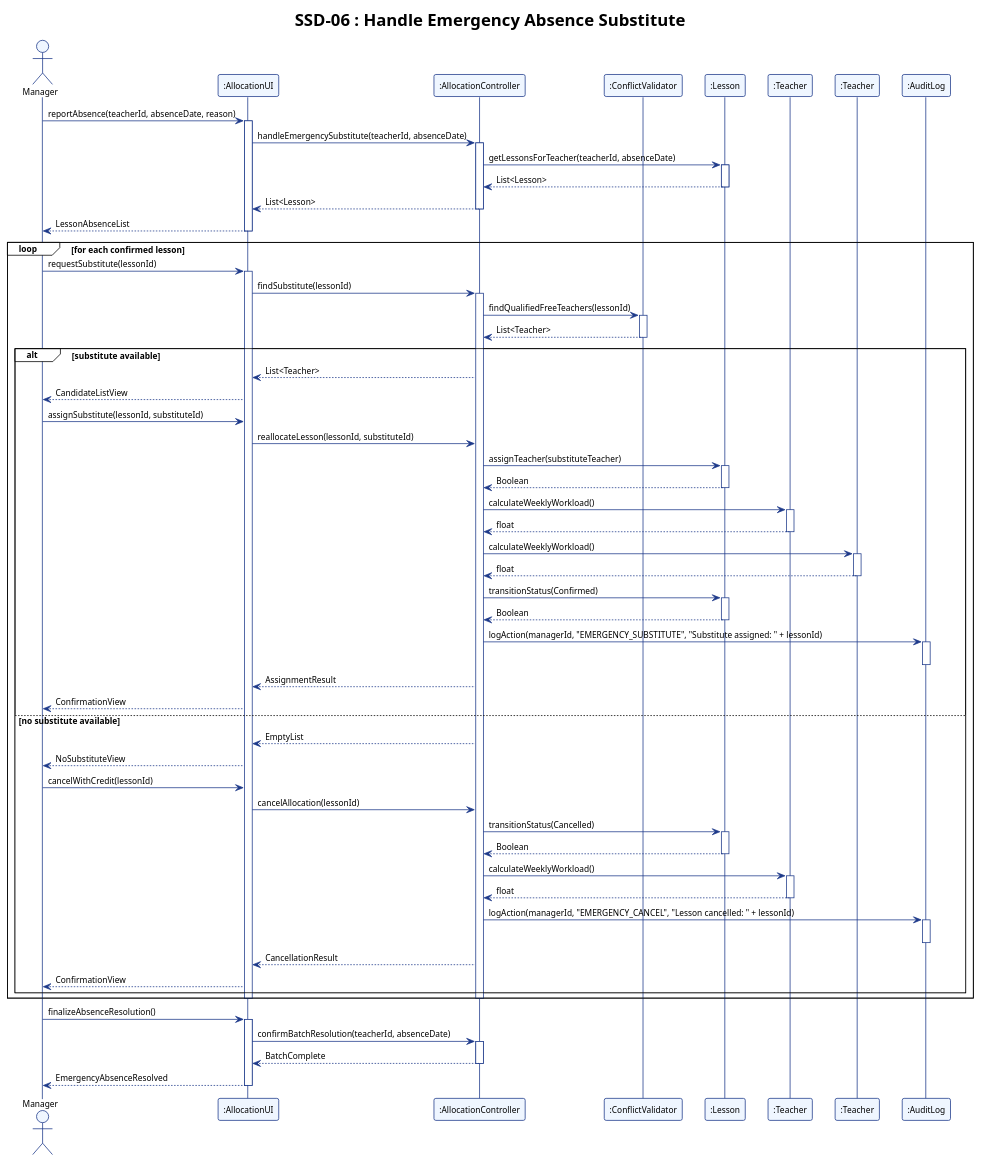
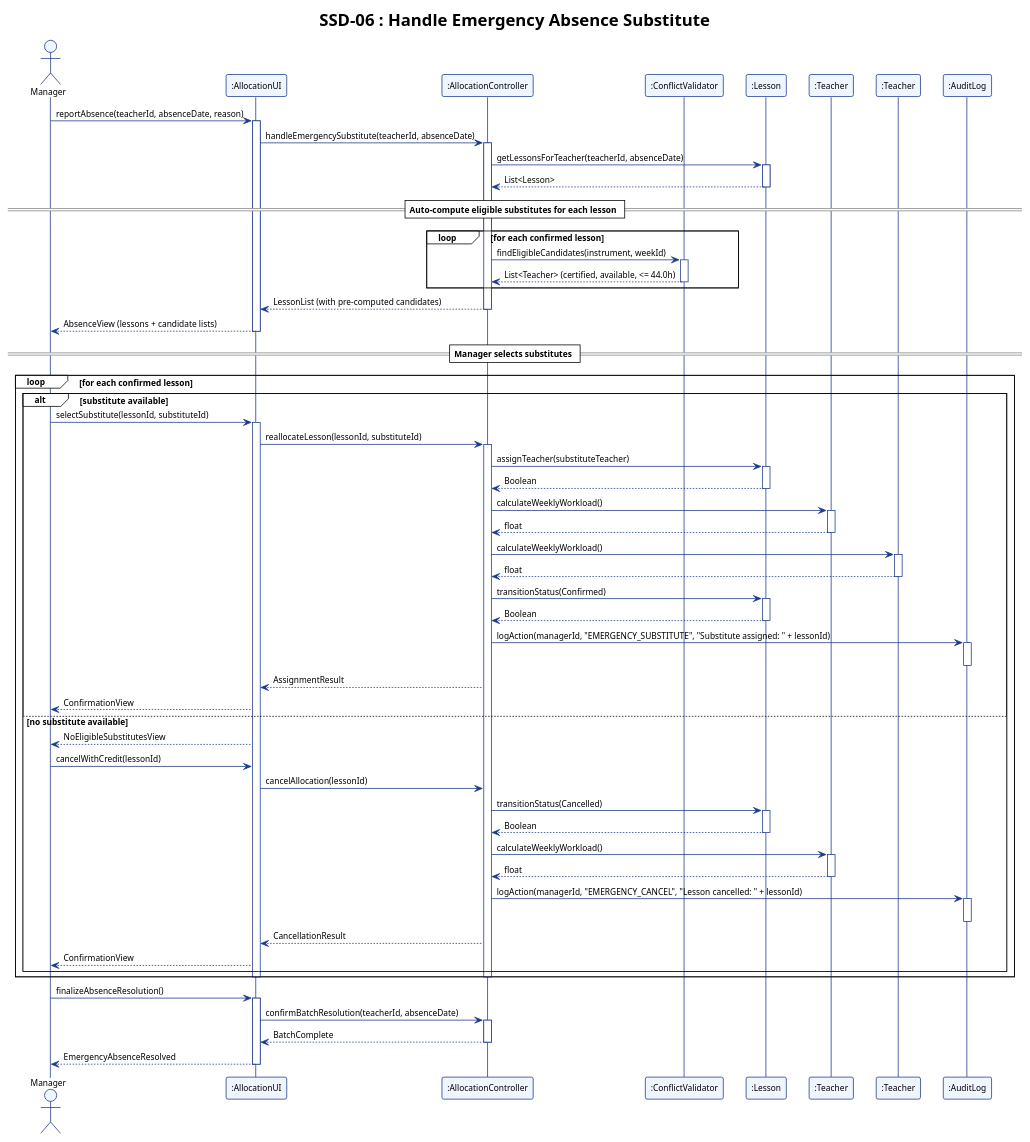
The diagram in report/assets/ssd_06.puml (adoreblvnk/2001temp), drawn with PlantUML before and after one commit. The commit also changed 5 other files, not shown here.

First line of the commit message:
fix(uc-03,uc-06): auto-compute eligible substitutes upfront in exception queue display

```diff
--- a/report/assets/ssd_06.puml
+++ b/report/assets/ssd_06.puml
@@ -1,112 +1,113 @@
 @startuml ssd_06
 !theme plain
 skinparam shadowing false
 skinparam defaultFontName "Helvetica", "Arial", sans-serif
 skinparam defaultFontSize 11
 skinparam sequence {
     ParticipantBorderColor #1E3A8A
     ParticipantBackgroundColor #EFF6FF
     LifeLineBorderColor #1E3A8A
     LifeLineBackgroundColor #FFFFFF
     ArrowColor #1E3A8A
     ActorBorderColor #1E3A8A
     ActorBackgroundColor #EFF6FF
 }
 
 title SSD-06 : Handle Emergency Absence Substitute
 
 actor Manager
 participant ":AllocationUI" as AllocationUI
 participant ":AllocationController" as AllocationController
 participant ":ConflictValidator" as ConflictValidator
 participant ":Lesson" as Lesson
 participant ":Teacher" as AbsentTeacher
 participant ":Teacher" as SubstituteTeacher
 participant ":AuditLog" as AuditLog
 
 Manager -> AllocationUI : reportAbsence(teacherId, absenceDate, reason)
 activate AllocationUI
 AllocationUI -> AllocationController : handleEmergencySubstitute(teacherId, absenceDate)
 activate AllocationController
 
 AllocationController -> Lesson : getLessonsForTeacher(teacherId, absenceDate)
 activate Lesson
 Lesson --> AllocationController : List<Lesson>
 deactivate Lesson
-AllocationController --> AllocationUI : List<Lesson>
+
+== Auto-compute eligible substitutes for each lesson ==
+
+loop for each confirmed lesson
+    AllocationController -> ConflictValidator : findEligibleCandidates(instrument, weekId)
+    activate ConflictValidator
+    ConflictValidator --> AllocationController : List<Teacher> (certified, available, <= 44.0h)
+    deactivate ConflictValidator
+end
+
+AllocationController --> AllocationUI : LessonList (with pre-computed candidates)
 deactivate AllocationController
-AllocationUI --> Manager : LessonAbsenceList
+AllocationUI --> Manager : AbsenceView (lessons + candidate lists)
 deactivate AllocationUI
 
+== Manager selects substitutes ==
+
 loop for each confirmed lesson
-    Manager -> AllocationUI : requestSubstitute(lessonId)
-    activate AllocationUI
-    AllocationUI -> AllocationController : findSubstitute(lessonId)
-    activate AllocationController
-    AllocationController -> ConflictValidator : findQualifiedFreeTeachers(lessonId)
-    activate ConflictValidator
-    ConflictValidator --> AllocationController : List<Teacher>
-    deactivate ConflictValidator
-
     alt substitute available
-        AllocationController --> AllocationUI : List<Teacher>
-        AllocationUI --> Manager : CandidateListView
-
-        Manager -> AllocationUI : assignSubstitute(lessonId, substituteId)
+        Manager -> AllocationUI : selectSubstitute(lessonId, substituteId)
+        activate AllocationUI
         AllocationUI -> AllocationController : reallocateLesson(lessonId, substituteId)
+        activate AllocationController
         AllocationController -> Lesson : assignTeacher(substituteTeacher)
         activate Lesson
         Lesson --> AllocationController : Boolean
         deactivate Lesson
         AllocationController -> AbsentTeacher : calculateWeeklyWorkload()
         activate AbsentTeacher
         AbsentTeacher --> AllocationController : float
         deactivate AbsentTeacher
         AllocationController -> SubstituteTeacher : calculateWeeklyWorkload()
         activate SubstituteTeacher
         SubstituteTeacher --> AllocationController : float
         deactivate SubstituteTeacher
         AllocationController -> Lesson : transitionStatus(Confirmed)
         activate Lesson
         Lesson --> AllocationController : Boolean
         deactivate Lesson
         AllocationController -> AuditLog : logAction(managerId, "EMERGENCY_SUBSTITUTE", "Substitute assigned: " + lessonId)
         activate AuditLog
         deactivate AuditLog
         AllocationController --> AllocationUI : AssignmentResult
         AllocationUI --> Manager : ConfirmationView
     else no substitute available
-        AllocationController --> AllocationUI : EmptyList
-        AllocationUI --> Manager : NoSubstituteView
+        AllocationUI --> Manager : NoEligibleSubstitutesView
 
         Manager -> AllocationUI : cancelWithCredit(lessonId)
         AllocationUI -> AllocationController : cancelAllocation(lessonId)
         AllocationController -> Lesson : transitionStatus(Cancelled)
         activate Lesson
         Lesson --> AllocationController : Boolean
         deactivate Lesson
         AllocationController -> AbsentTeacher : calculateWeeklyWorkload()
         activate AbsentTeacher
         AbsentTeacher --> AllocationController : float
         deactivate AbsentTeacher
         AllocationController -> AuditLog : logAction(managerId, "EMERGENCY_CANCEL", "Lesson cancelled: " + lessonId)
         activate AuditLog
         deactivate AuditLog
         AllocationController --> AllocationUI : CancellationResult
         AllocationUI --> Manager : ConfirmationView
     end
 
     deactivate AllocationController
     deactivate AllocationUI
 end
 
 Manager -> AllocationUI : finalizeAbsenceResolution()
 activate AllocationUI
 AllocationUI -> AllocationController : confirmBatchResolution(teacherId, absenceDate)
 activate AllocationController
 AllocationController --> AllocationUI : BatchComplete
 deactivate AllocationController
 AllocationUI --> Manager : EmergencyAbsenceResolved
 deactivate AllocationUI
 
 @enduml
```
